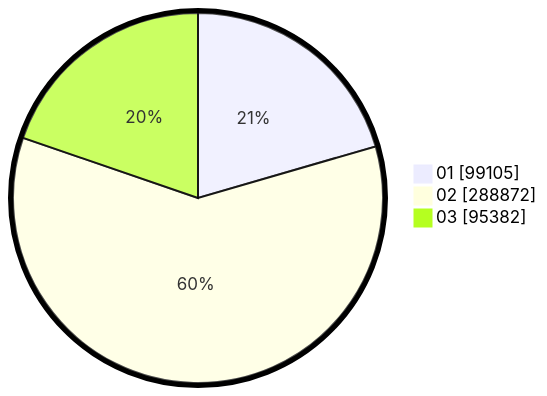
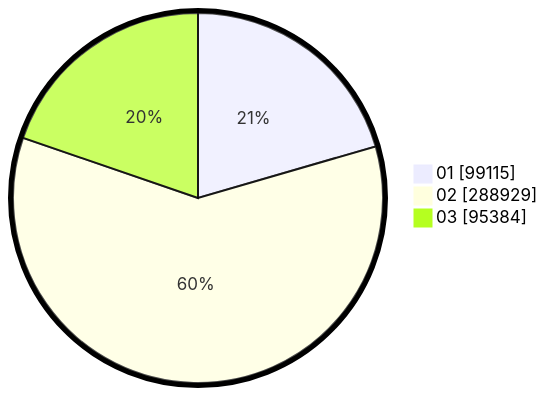
The second of 2 diagrams in pilpres/hitung-suara/sub/table-wilayah-99.md (gigit-pemilu/pemilu-2024), drawn with Mermaid before and after one commit. The commit also changed other lines of this file and 7 other files, not shown here.

````diff
--- a/pilpres/hitung-suara/sub/table-wilayah-99.md
+++ b/pilpres/hitung-suara/sub/table-wilayah-99.md
@@ -15,7 +15,7 @@
 ```mermaid
 %%{init: {"pie": {"textPosition": 0.5}, "themeVariables": {"pieOuterStrokeWidth": "5px"}} }%%
 pie showData
-    "01" : 99105
-    "02" : 288872
-    "03" : 95382
+    "01" : 99115
+    "02" : 288929
+    "03" : 95384
 ```
````
